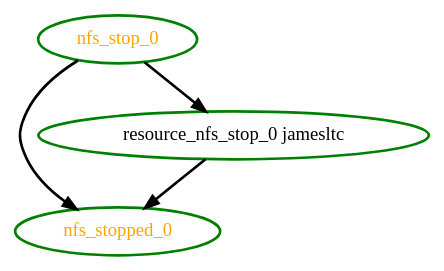
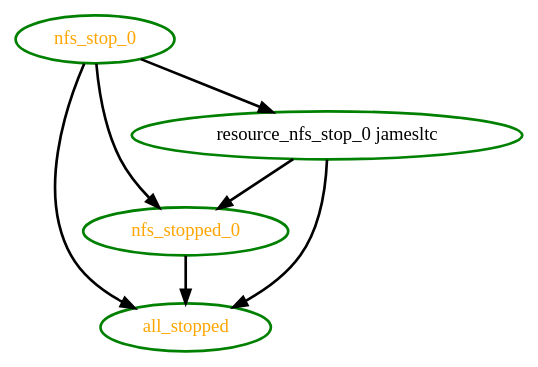
One commit to richiewen8/heartbeat changed the diagram in crm/pengine/testcases/group13.dot. Above: the diagram before and after it, drawn with Graphviz. The commit also changed 218 other files, not shown here.

Commit message:
PE: Update testcases to include all_stopped (added in cs: 800c2fec24ee)

```diff
--- a/crm/pengine/testcases/group13.dot
+++ b/crm/pengine/testcases/group13.dot
@@ -1,8 +1,12 @@
  digraph "g" {
+"all_stopped" [ style=bold color="green" fontcolor="orange"  ]
+"nfs_stop_0" -> "all_stopped" [ style = bold]
 "nfs_stop_0" -> "nfs_stopped_0" [ style = bold]
 "nfs_stop_0" -> "resource_nfs_stop_0 jamesltc" [ style = bold]
 "nfs_stop_0" [ style=bold color="green" fontcolor="orange" ]
+"nfs_stopped_0" -> "all_stopped" [ style = bold]
 "nfs_stopped_0" [ style=bold color="green" fontcolor="orange" ]
+"resource_nfs_stop_0 jamesltc" -> "all_stopped" [ style = bold]
 "resource_nfs_stop_0 jamesltc" -> "nfs_stopped_0" [ style = bold]
 "resource_nfs_stop_0 jamesltc" [ style=bold color="green" fontcolor="black" ]
 }
```
